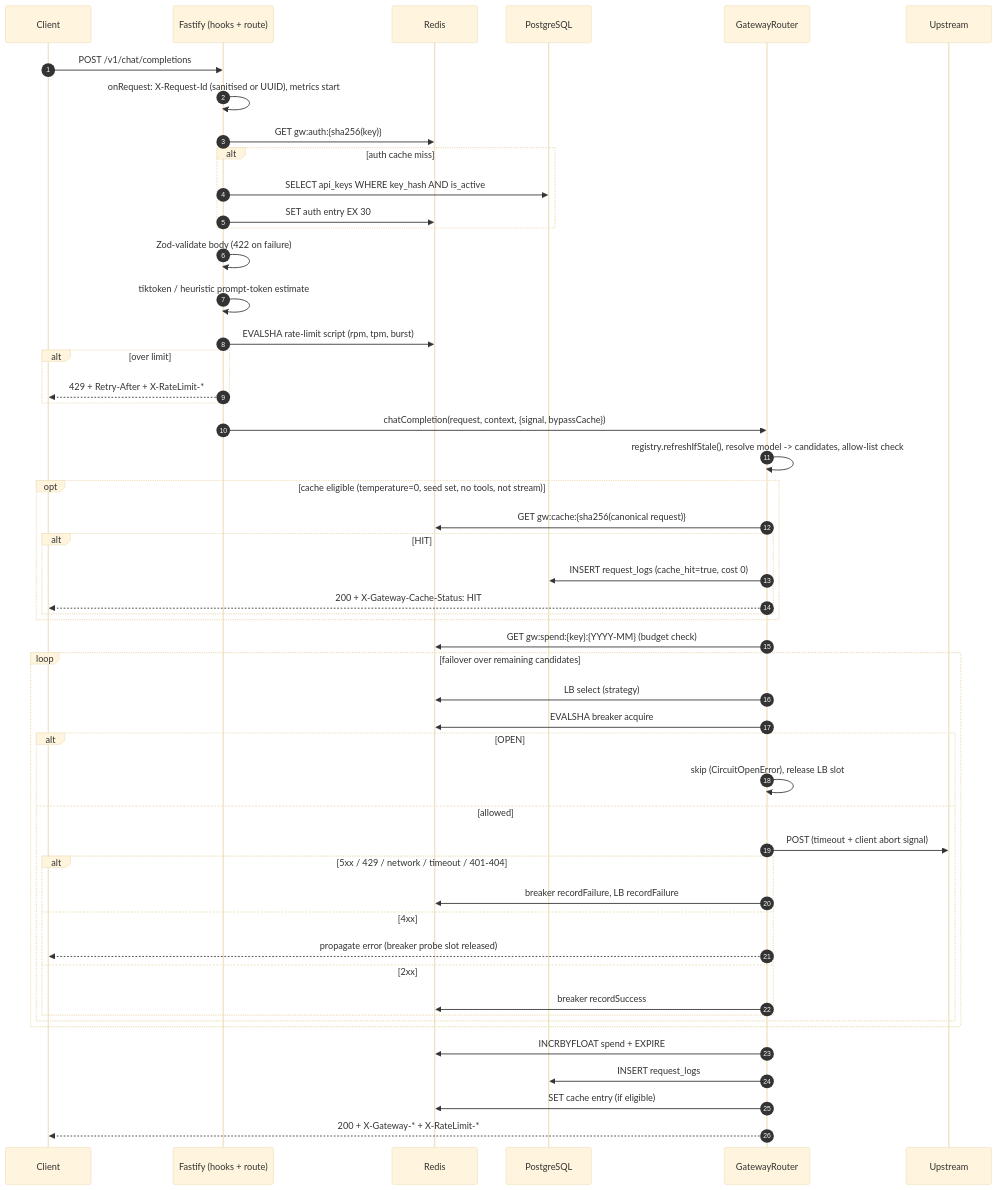
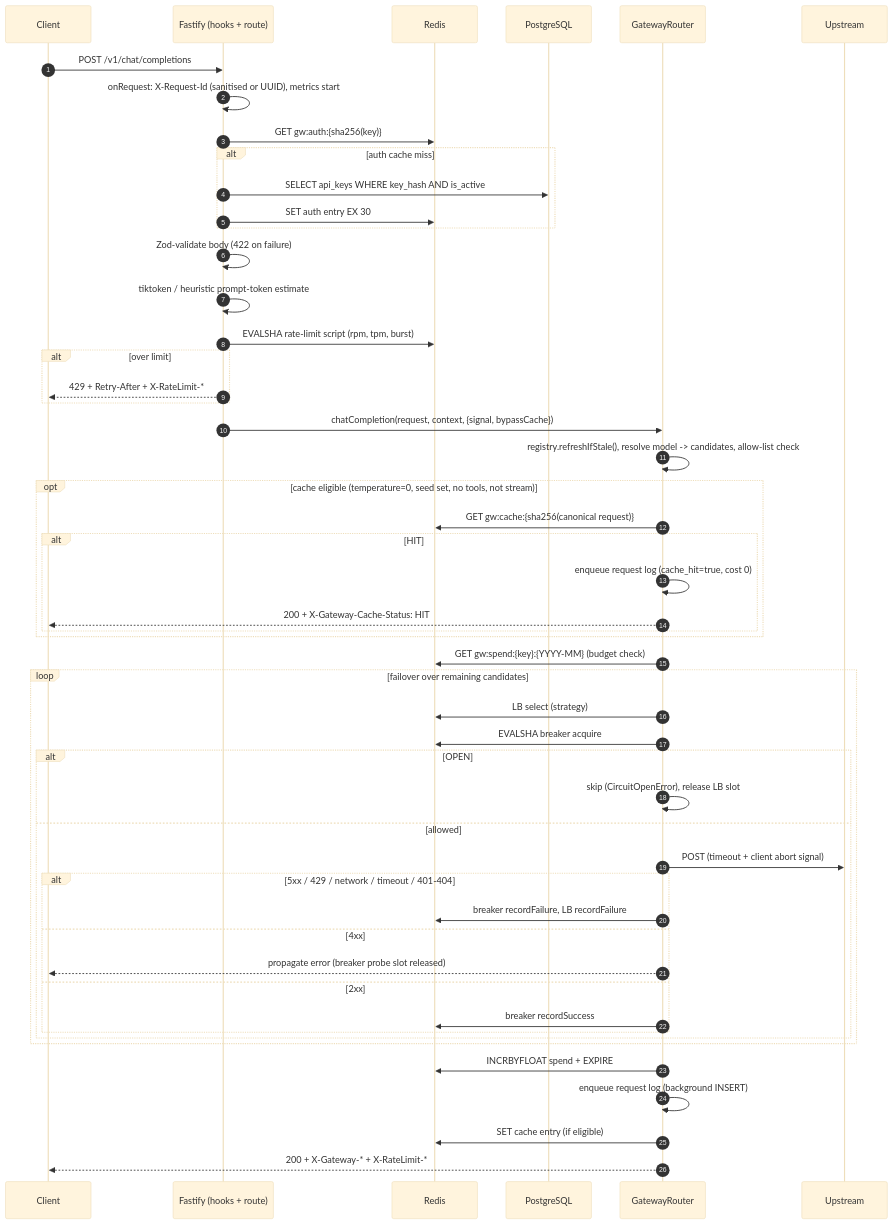
The second of 5 diagrams in docs/architecture.md (sdivyanshu90/build-your-own-ai-gateway), drawn with Mermaid (base theme) before and after one commit. The commit also changed other lines of this file and 79 other files, not shown here.

````diff
--- a/docs/architecture.md
+++ b/docs/architecture.md
@@ -68,54 +68,54 @@
 ```mermaid
 sequenceDiagram
     autonumber
     participant C as Client
     participant G as Fastify (hooks + route)
     participant R as Redis
     participant D as PostgreSQL
     participant RT as GatewayRouter
     participant U as Upstream
 
     C->>G: POST /v1/chat/completions
     G->>G: onRequest: X-Request-Id (sanitised or UUID), metrics start
     G->>R: GET gw:auth:{sha256(key)}
     alt auth cache miss
         G->>D: SELECT api_keys WHERE key_hash AND is_active
         G->>R: SET auth entry EX 30
     end
     G->>G: Zod-validate body (422 on failure)
     G->>G: tiktoken / heuristic prompt-token estimate
     G->>R: EVALSHA rate-limit script (rpm, tpm, burst)
     alt over limit
         G-->>C: 429 + Retry-After + X-RateLimit-*
     end
     G->>RT: chatCompletion(request, context, {signal, bypassCache})
     RT->>RT: registry.refreshIfStale(), resolve model -> candidates, allow-list check
     opt cache eligible (temperature=0, seed set, no tools, not stream)
         RT->>R: GET gw:cache:{sha256(canonical request)}
         alt HIT
-            RT->>D: INSERT request_logs (cache_hit=true, cost 0)
+            RT->>RT: enqueue request log (cache_hit=true, cost 0)
             RT-->>C: 200 + X-Gateway-Cache-Status: HIT
         end
     end
     RT->>R: GET gw:spend:{key}:{YYYY-MM}  (budget check)
     loop failover over remaining candidates
         RT->>R: LB select (strategy)
         RT->>R: EVALSHA breaker acquire
         alt OPEN
             RT->>RT: skip (CircuitOpenError), release LB slot
         else allowed
             RT->>U: POST (timeout + client abort signal)
             alt 5xx / 429 / network / timeout / 401-404
                 RT->>R: breaker recordFailure, LB recordFailure
             else 4xx
                 RT-->>C: propagate error (breaker probe slot released)
             else 2xx
                 RT->>R: breaker recordSuccess
             end
         end
     end
     RT->>R: INCRBYFLOAT spend + EXPIRE
-    RT->>D: INSERT request_logs
+    RT->>RT: enqueue request log (background INSERT)
     RT->>R: SET cache entry (if eligible)
     RT-->>C: 200 + X-Gateway-* + X-RateLimit-*
 ```
````
